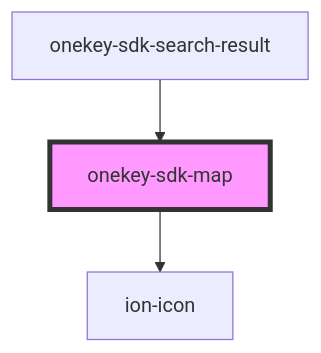
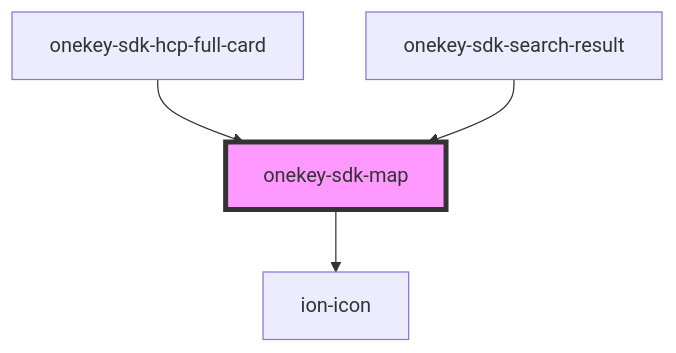
One commit to hcl-sdk/HealthCareLocatorWebSDK changed the diagram in packages/onekey-sdk-core-ui/docs/components/ui-kits/onekey-sdk-map/readme.md. Above: the diagram before and after it, drawn with Mermaid. The commit also changed other lines of this file and 22 other files, not shown here.

````diff
--- a/packages/onekey-sdk-core-ui/docs/components/ui-kits/onekey-sdk-map/readme.md
+++ b/packages/onekey-sdk-core-ui/docs/components/ui-kits/onekey-sdk-map/readme.md
@@ -39,6 +42,7 @@
 ```mermaid
 graph TD;
   onekey-sdk-map --> ion-icon
+  onekey-sdk-hcp-full-card --> onekey-sdk-map
   onekey-sdk-search-result --> onekey-sdk-map
   style onekey-sdk-map fill:#f9f,stroke:#333,stroke-width:4px
 ```
````
